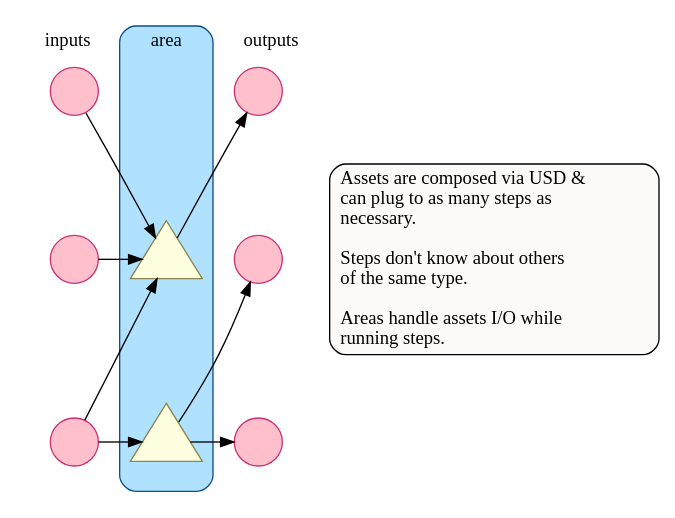
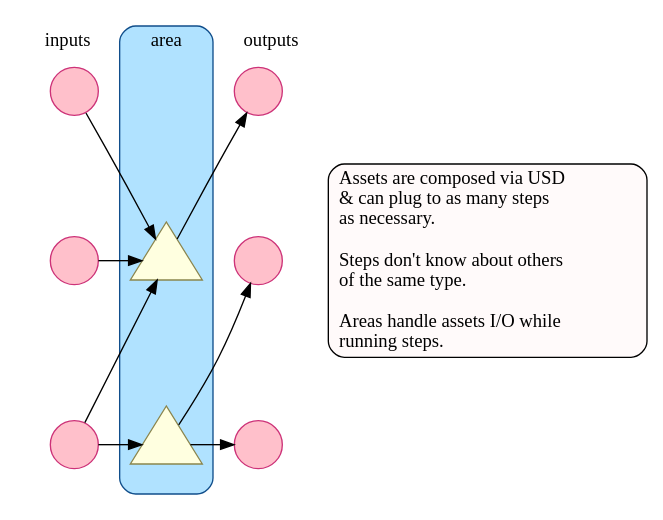
Before and after one commit to thegrill/grill: the diagram in docs/source/area_overview.dot, drawn with Graphviz.

Commit message:
readability

```diff
--- a/docs/source/area_overview.dot
+++ b/docs/source/area_overview.dot
@@ -1,37 +1,40 @@
 digraph area_overview {
     bgcolor=invis
     newrank=true
     subgraph cluster_inputs {
         label=inputs
         color=invis
         node [shape=circle label="" fillcolor=pink style=filled color=violetred3] input_asset1 input_asset2 input_asset3
         input_asset1 -> input_asset2 -> input_asset3 [style=invis]
     }
     subgraph cluster_area {
         style="filled,rounded"
         label=area
         fillcolor=lightskyblue1 color=dodgerblue4
         sentinel [style=invis label=""]
         node [shape=triangle label="" fillcolor=lightyellow style=filled color=khaki4 height=.8] step2 step3
         sentinel -> step2 -> step3 [style=invis]
     }
     subgraph cluster_outputs {
         label=outputs
         color=invis
         node [shape=circle label="" fillcolor=pink style=filled color=violetred3] output_asset1 output_asset2 output_asset3
         output_asset1 -> output_asset2 -> output_asset3 [style=invis]
     }
     {input_asset1 input_asset2 input_asset3} -> step2
     input_asset3 -> step3
     step2 -> output_asset1
     step3 -> {output_asset2 output_asset3}
     {rank=same input_asset1 sentinel output_asset1}
     {rank=same input_asset2 step2 output_asset2}
     {rank=same input_asset3 step3 output_asset3}
     description [shape=record style="rounded,filled" fillcolor=snow label="
-        Assets are composed via USD &\l
-        can plug to as many steps as\lnecessary.\l
-        \lSteps don't know about others\lof the same type.\l
-        \lAreas handle assets I/O while\lrunning steps.\l"]
+        Assets are composed via USD\l
+        & can plug to as many steps\l
+        as necessary.\l\l
+        Steps don't know about others\l
+        of the same type.\l\l
+        Areas handle assets I/O while\l
+        running steps.\l"]
     {rank=same input_asset2 step2 output_asset2 description}
 }
```
